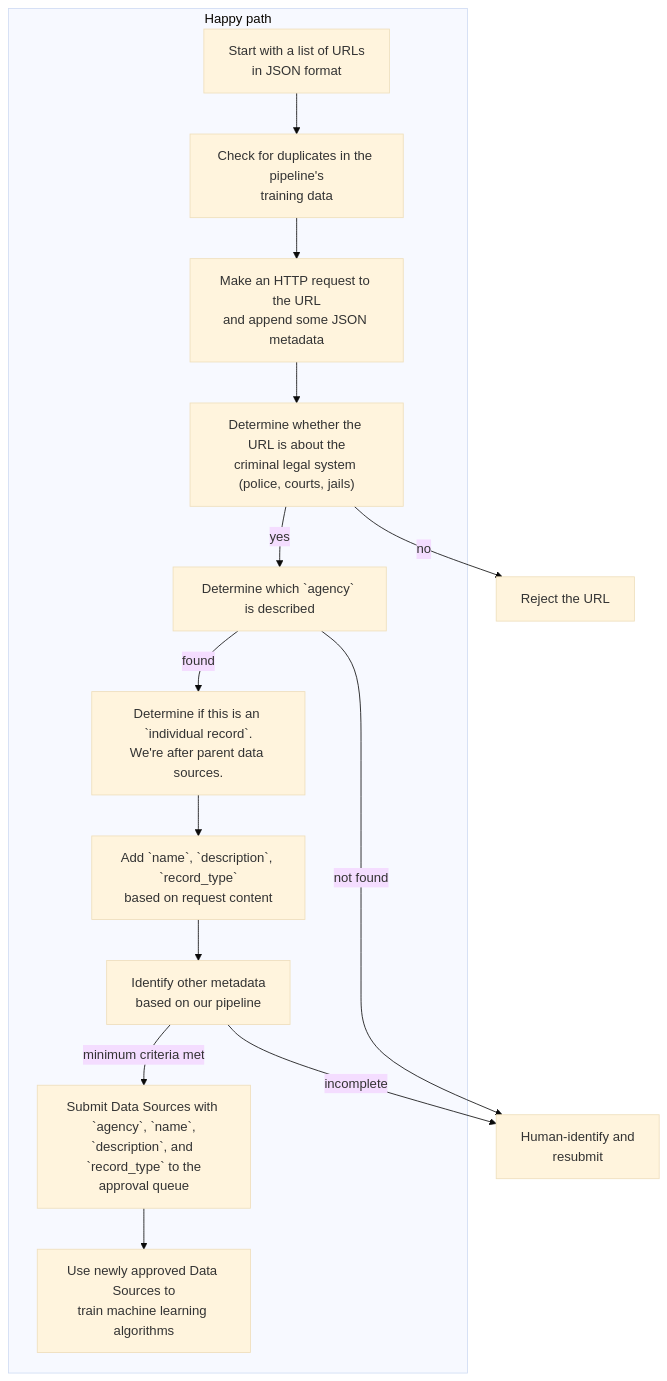
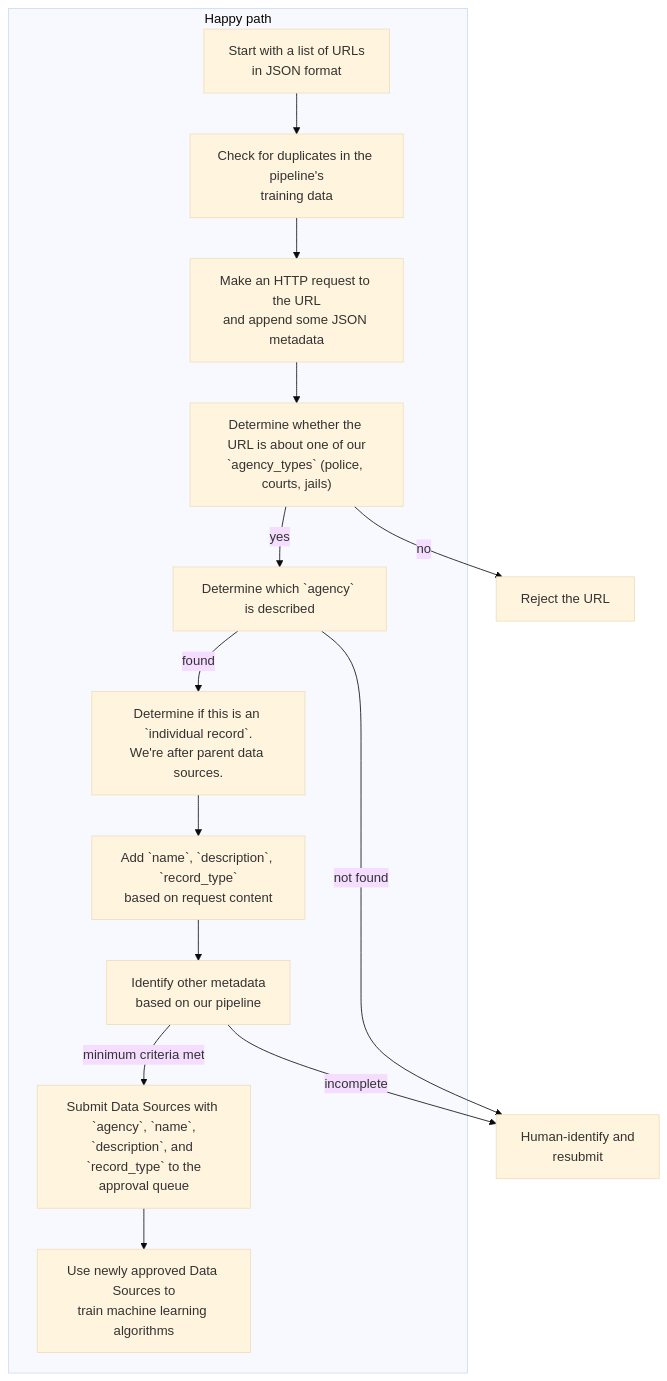
The diagram in README.md (Police-Data-Accessibility-Project/data-source-identification), drawn with Mermaid (base theme) before and after one commit.

Commit message:
agency types update

````diff
--- a/README.md
+++ b/README.md
@@ -21,44 +21,44 @@
 ```mermaid
 %% Here's a guide to mermaid syntax: https://mermaid.js.org/syntax/flowchart.html
 
 flowchart TD
 A["Start with a list of URLs
 in JSON format"]
 B["Check for duplicates in the pipeline's
 training data"]
 C["Make an HTTP request to the URL
 and append some JSON metadata"]
-D["Determine whether the URL is about the
-criminal legal system (police, courts, jails)"]
+D["Determine whether the URL is about one of our
+`agency_types` (police, courts, jails)"]
 E["Determine which `agency` is described"]
 F["Determine if this is an `individual record`.
 We're after parent data sources."]
 G["Add `name`, `description`, `record_type`
 based on request content"]
 H["Identify other metadata
 based on our pipeline"]
 I["Submit Data Sources with `agency`, `name`,
 `description`, and `record_type` to the
 approval queue"]
 J["Use newly approved Data Sources to
 train machine learning algorithms"]
 reject["Reject the URL"]
 manual["Human-identify and
 resubmit"]
 
 subgraph Happy path
 A --> B
 B --> C
 C --> D
 D -- yes --> E
 E -- found --> F
 F --> G
 G --> H
 H -- minimum criteria met --> I
 I --> J
 end
 
 D -- no --> reject
 E -- not found --> manual
 H -- incomplete --> manual
 ```
````
